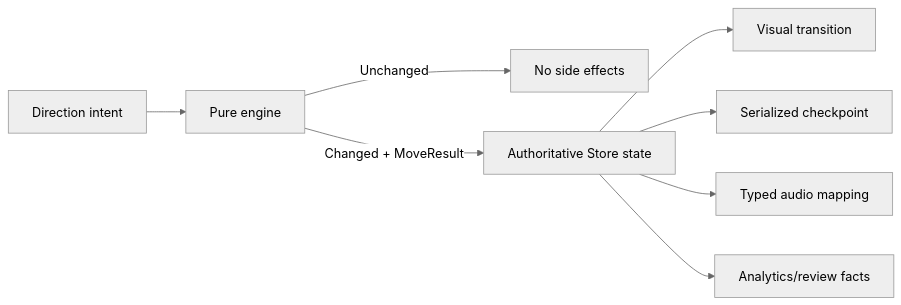
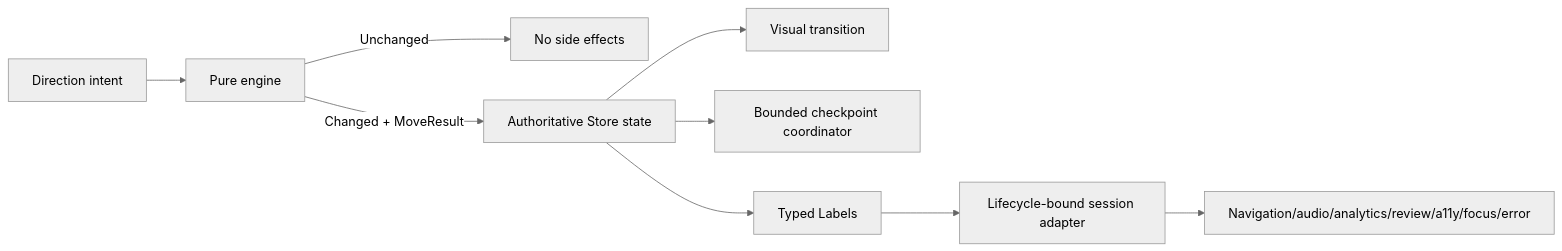
One commit to yet300/BlockBlast changed the second of 4 diagrams in docs/superpowers/specs/2026-08-24-2048-miniapp-design.md. Above: the diagram before and after it, drawn with Mermaid (neutral theme). The commit also changed other lines of this file, not shown here.

Commit message:
docs: correct 2048 MiniApp architecture

````diff
--- a/docs/superpowers/specs/2026-08-24-2048-miniapp-design.md
+++ b/docs/superpowers/specs/2026-08-24-2048-miniapp-design.md
@@ -176,10 +177,11 @@
 ```mermaid
 flowchart LR
     Intent[Direction intent] --> Engine[Pure engine]
     Engine -->|Unchanged| Idle[No side effects]
     Engine -->|Changed + MoveResult| Store[Authoritative Store state]
     Store --> UI[Visual transition]
-    Store --> Save[Serialized checkpoint]
-    Store --> Audio[Typed audio mapping]
-    Store --> Facts[Analytics/review facts]
+    Store --> Save[Bounded checkpoint coordinator]
+    Store --> Labels[Typed Labels]
+    Labels --> Adapter[Lifecycle-bound session adapter]
+    Adapter --> Effects[Navigation/audio/analytics/review/a11y/focus/error]
 ```
````
